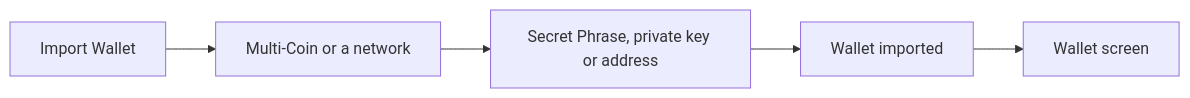
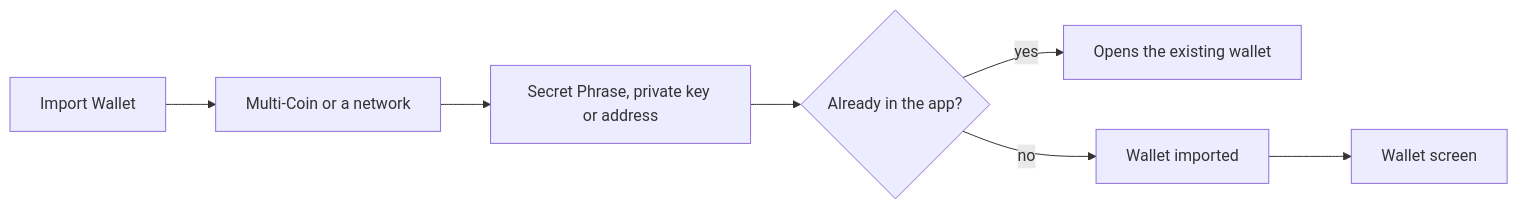
One commit to gemwalletcom/wallet changed the second of 3 diagrams in docs/product/onboarding.md. Above: the diagram before and after it, drawn with Mermaid. The commit also changed 10 other files, not shown here.

Commit message:
Extend the product diagrams with the decline, reject and failure branches

````diff
--- a/docs/product/onboarding.md
+++ b/docs/product/onboarding.md
@@ -19,4 +19,6 @@
 ```mermaid
 flowchart LR
-    A[Import Wallet] --> B[Multi-Coin or a network] --> C[Secret Phrase, private key or address] --> D[Wallet imported] --> E[Wallet screen]
+    A[Import Wallet] --> B[Multi-Coin or a network] --> C[Secret Phrase, private key or address] --> D{Already in the app?}
+    D -- yes --> E[Opens the existing wallet]
+    D -- no --> F[Wallet imported] --> G[Wallet screen]
 ```
````
